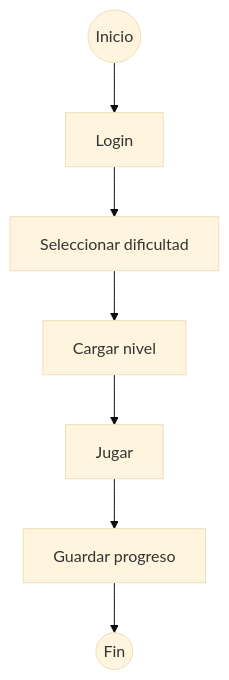
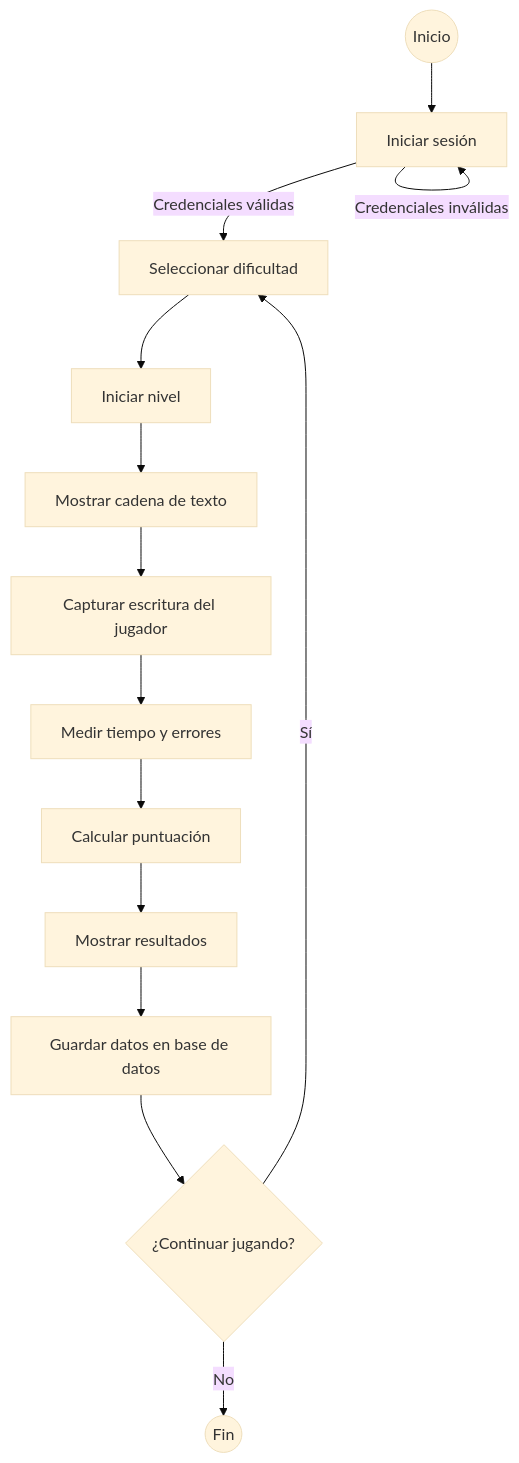
The fifth of 6 diagrams in README.md (ilatorremembrado/CastilloQWERTY), drawn with Mermaid (base theme) before and after one commit. The commit also changed other lines of this file, not shown here.

````diff
--- a/README.md
+++ b/README.md
@@ -48,9 +166,16 @@
 ```mermaid
 flowchart TD
-    Inicio((Inicio)) --> Login[Login]
-    Login --> SeleccionarDificultad[Seleccionar dificultad]
-    SeleccionarDificultad --> CargarNivel[Cargar nivel]
-    CargarNivel --> Jugar[Jugar]
-    Jugar --> GuardarProgreso[Guardar progreso]
-    GuardarProgreso --> Fin((Fin))
+    Inicio((Inicio)) --> Login[Iniciar sesión]
+    Login -->|Credenciales válidas| SeleccionarDificultad[Seleccionar dificultad]
+    Login -->|Credenciales inválidas| Login
+    SeleccionarDificultad --> IniciarNivel[Iniciar nivel]
+    IniciarNivel --> MostrarCadena[Mostrar cadena de texto]
+    MostrarCadena --> CapturarEscritura[Capturar escritura del jugador]
+    CapturarEscritura --> MedirTiempoErrores[Medir tiempo y errores]
+    MedirTiempoErrores --> CalcularPuntuacion[Calcular puntuación]
+    CalcularPuntuacion --> MostrarResultados[Mostrar resultados]
+    MostrarResultados --> GuardarDatos[Guardar datos en base de datos]
+    GuardarDatos --> DecisionContinuar{"¿Continuar jugando?"}
+    DecisionContinuar -->|Sí| SeleccionarDificultad
+    DecisionContinuar -->|No| Fin((Fin))
 ```
````
